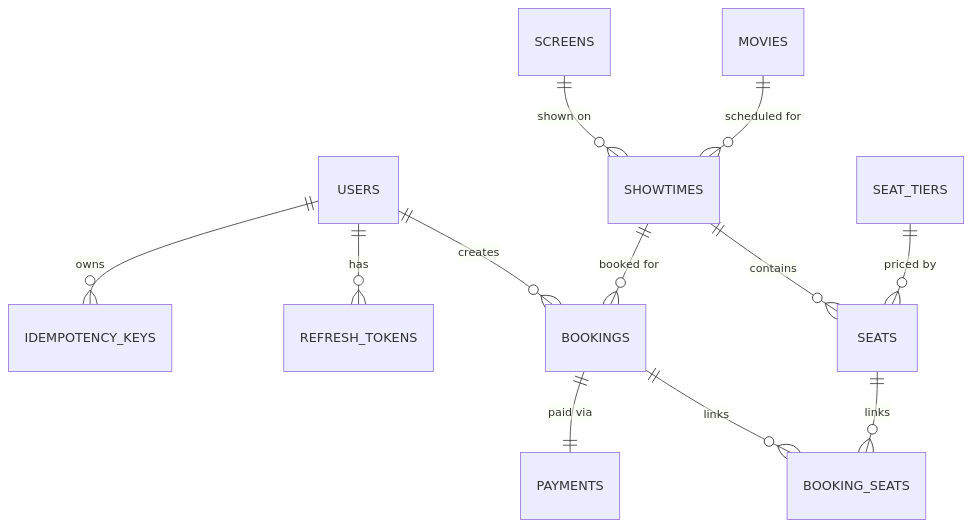
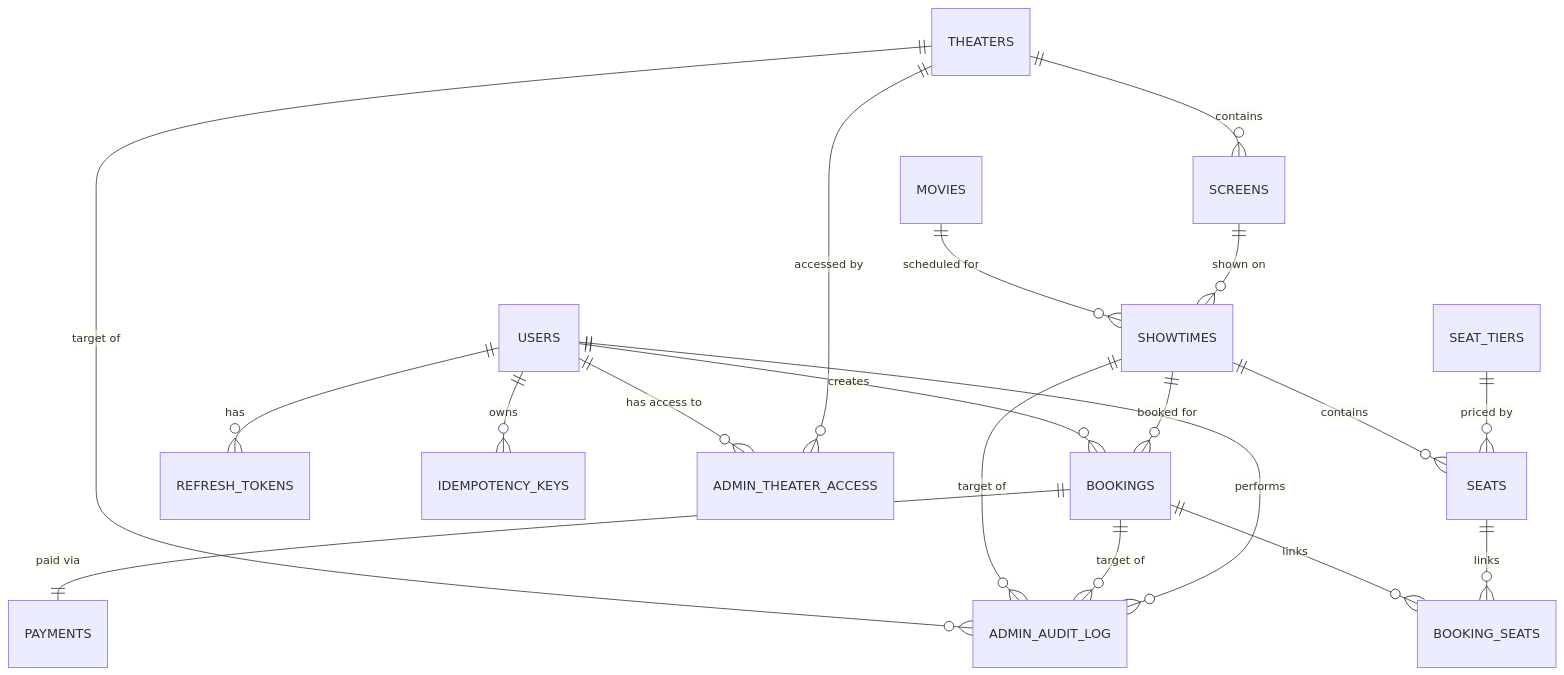
The diagram in docs/architecture/04_database_schema.md (ankitkr-04/ticket-ledger), drawn with Mermaid before and after one commit. The commit also changed other lines of this file and 17 other files, not shown here.

First line of the commit message:
feat: Implement theater-scoped administration and enrich schema

````diff
--- a/docs/architecture/04_database_schema.md
+++ b/docs/architecture/04_database_schema.md
@@ -121,14 +124,21 @@
 ```mermaid
 erDiagram
     USERS ||--o{ BOOKINGS : creates
     USERS ||--o{ REFRESH_TOKENS : "has"
     USERS ||--o{ IDEMPOTENCY_KEYS : "owns"
+    USERS ||--o{ ADMIN_THEATER_ACCESS : "has access to"
+    THEATERS ||--o{ ADMIN_THEATER_ACCESS : "accessed by"
+    THEATERS ||--o{ SCREENS : "contains"
+    THEATERS ||--o{ ADMIN_AUDIT_LOG : "target of"
     MOVIES ||--o{ SHOWTIMES : "scheduled for"
     SCREENS ||--o{ SHOWTIMES : "shown on"
     SHOWTIMES ||--o{ SEATS : contains
     SHOWTIMES ||--o{ BOOKINGS : "booked for"
+    SHOWTIMES ||--o{ ADMIN_AUDIT_LOG : "target of"
     SEAT_TIERS ||--o{ SEATS : "priced by"
     BOOKINGS ||--o{ BOOKING_SEATS : "links"
+    BOOKINGS ||--o{ ADMIN_AUDIT_LOG : "target of"
     SEATS ||--o{ BOOKING_SEATS : "links"
     BOOKINGS ||--|| PAYMENTS : "paid via"
+    USERS ||--o{ ADMIN_AUDIT_LOG : performs
 ```
````
